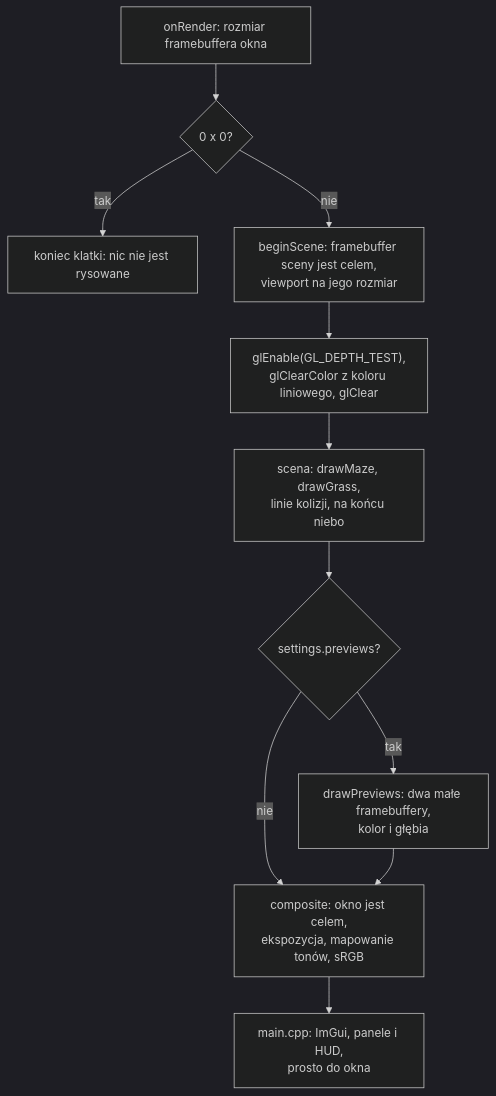
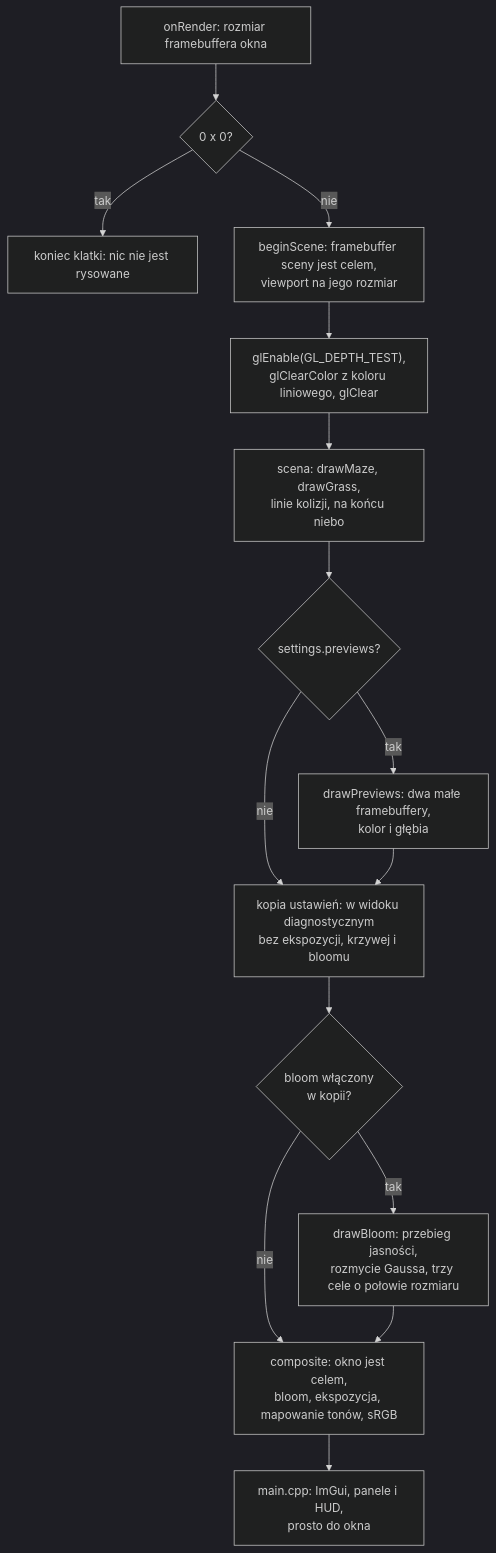
One commit to Shironex/night-maze changed the second of 3 diagrams in docs/modules/renderer/post-process.md. Above: the diagram before and after it, drawn with Mermaid (dark theme). The commit also changed other lines of this file and 72 other files, not shown here.

````diff
--- a/docs/modules/renderer/post-process.md
+++ b/docs/modules/renderer/post-process.md
@@ -257,13 +260,17 @@
 ```mermaid
 flowchart TD
     A["onRender: rozmiar framebuffera okna"] --> B{"0 x 0?"}
     B -->|tak| Z["koniec klatki: nic nie jest rysowane"]
     B -->|nie| C["beginScene: framebuffer sceny jest celem,<br/>viewport na jego rozmiar"]
     C --> D["glEnable(GL_DEPTH_TEST),<br/>glClearColor z koloru liniowego, glClear"]
     D --> E["scena: drawMaze, drawGrass,<br/>linie kolizji, na końcu niebo"]
     E --> F{"settings.previews?"}
     F -->|tak| G["drawPreviews: dwa małe framebuffery,<br/>kolor i głębia"]
-    F -->|nie| H
-    G --> H["composite: okno jest celem,<br/>ekspozycja, mapowanie tonów, sRGB"]
+    F -->|nie| K
+    G --> K["kopia ustawień: w widoku diagnostycznym<br/>bez ekspozycji, krzywej i bloomu"]
+    K --> L{"bloom włączony<br/>w kopii?"}
+    L -->|tak| M["drawBloom: przebieg jasności,<br/>rozmycie Gaussa, trzy cele o połowie rozmiaru"]
+    L -->|nie| H
+    M --> H["composite: okno jest celem,<br/>bloom, ekspozycja, mapowanie tonów, sRGB"]
     H --> I["main.cpp: ImGui, panele i HUD,<br/>prosto do okna"]
 ```
````
